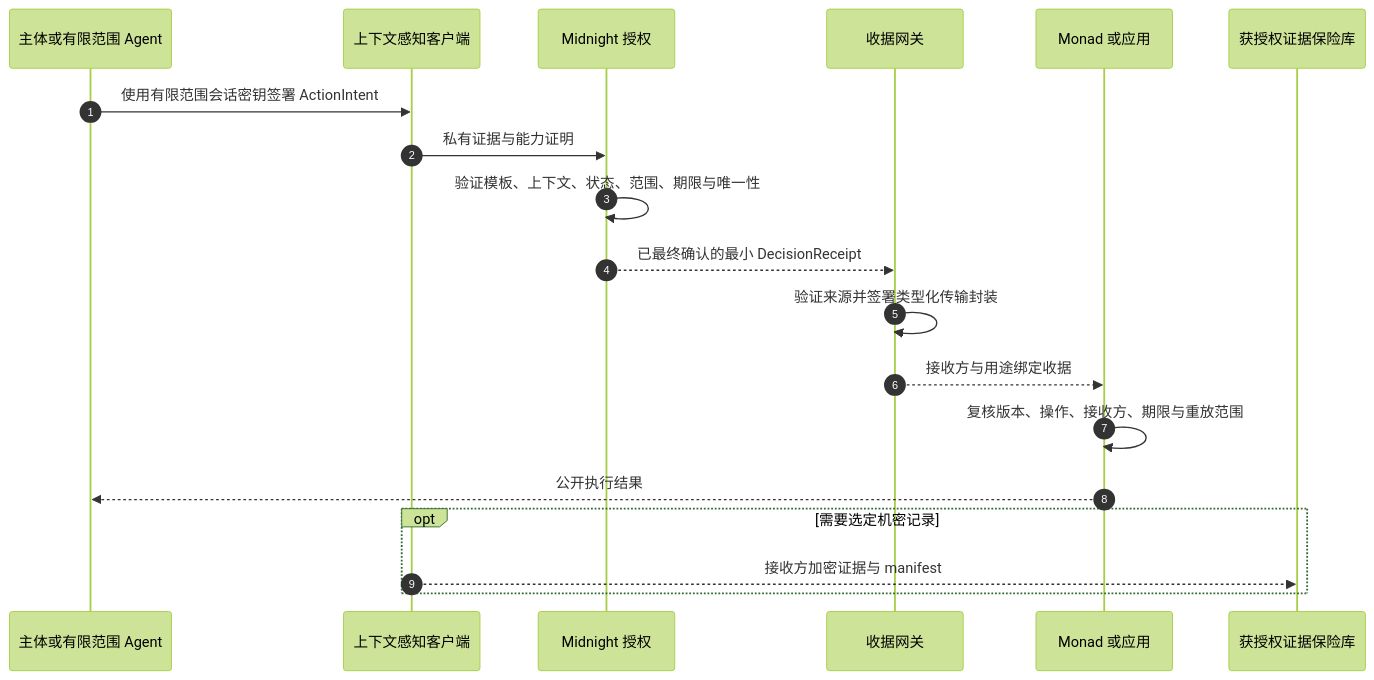
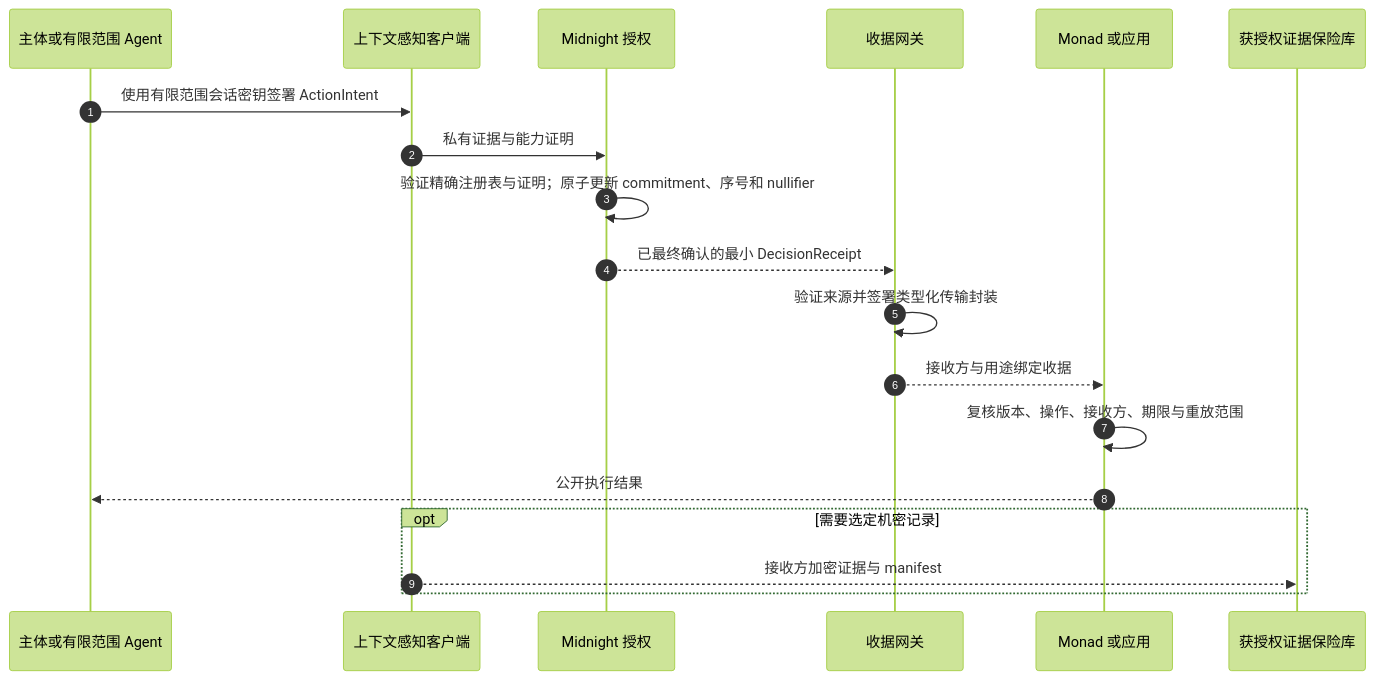
Before and after one commit to mon-PHTPSN/Permio: the sixth of 6 diagrams in docs/PROGRAMMABLE_CONTEXT_ARCHITECTURE.md, drawn with Mermaid (forest theme). The commit also changed other lines of this file and 8 other files, not shown here.

Commit message:
docs: fix M6 Midnight admission architecture

````diff
--- a/docs/PROGRAMMABLE_CONTEXT_ARCHITECTURE.md
+++ b/docs/PROGRAMMABLE_CONTEXT_ARCHITECTURE.md
@@ -481,22 +802,22 @@
 ```mermaid
 sequenceDiagram
   autonumber
   participant Principal as 主体或有限范围 Agent
   participant Client as 上下文感知客户端
   participant Midnight as Midnight 授权
   participant Gateway as 收据网关
   participant Executor as Monad 或应用
   participant Vault as 获授权证据保险库
 
   Principal->>Client: 使用有限范围会话密钥签署 ActionIntent
   Client->>Midnight: 私有证据与能力证明
-  Midnight->>Midnight: 验证模板、上下文、状态、范围、期限与唯一性
+  Midnight->>Midnight: 验证精确注册表与证明；原子更新 commitment、序号和 nullifier
   Midnight-->>Gateway: 已最终确认的最小 DecisionReceipt
   Gateway->>Gateway: 验证来源并签署类型化传输封装
   Gateway-->>Executor: 接收方与用途绑定收据
   Executor->>Executor: 复核版本、操作、接收方、期限与重放范围
   Executor-->>Principal: 公开执行结果
   opt 需要选定机密记录
     Client-->>Vault: 接收方加密证据与 manifest
   end
 ```
````
